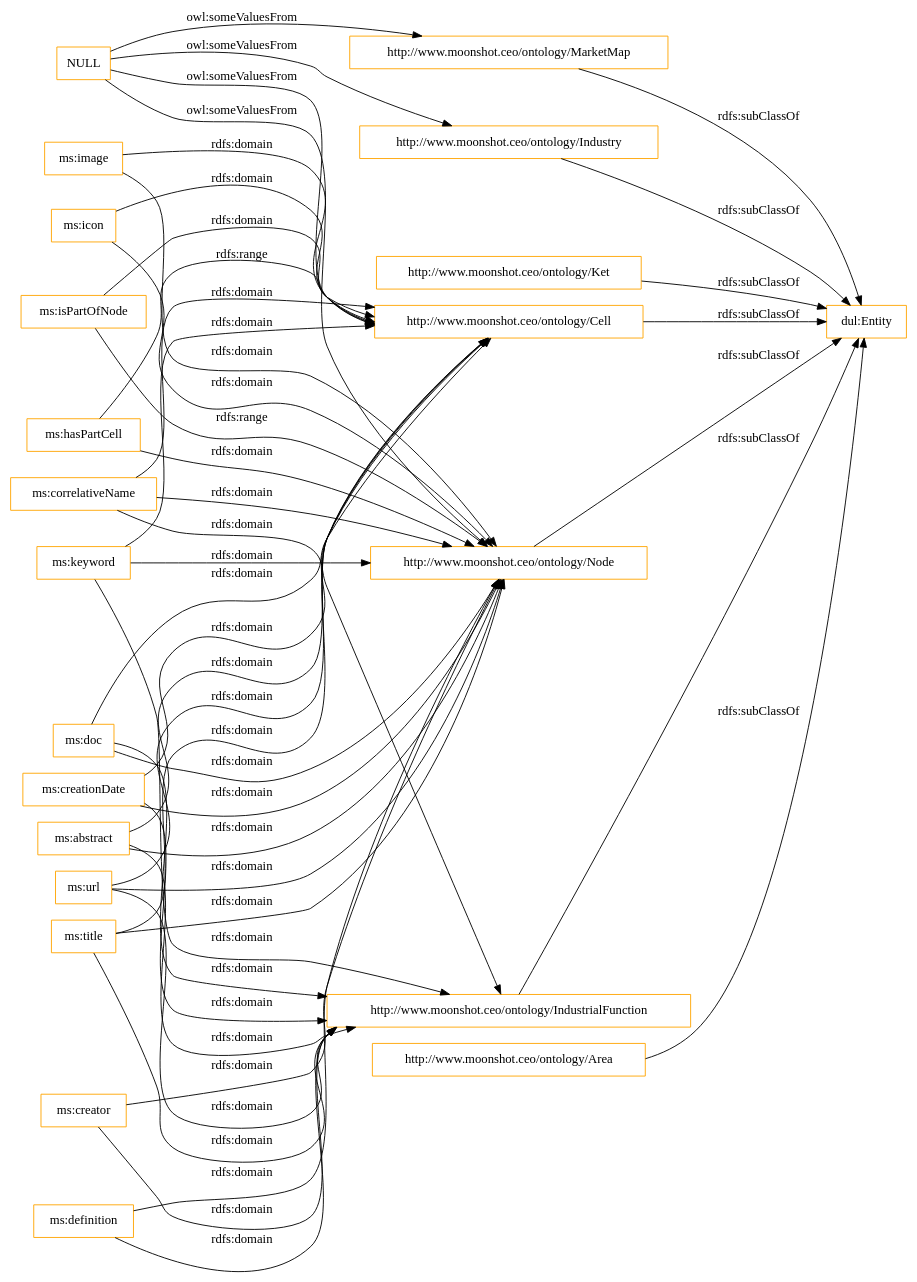
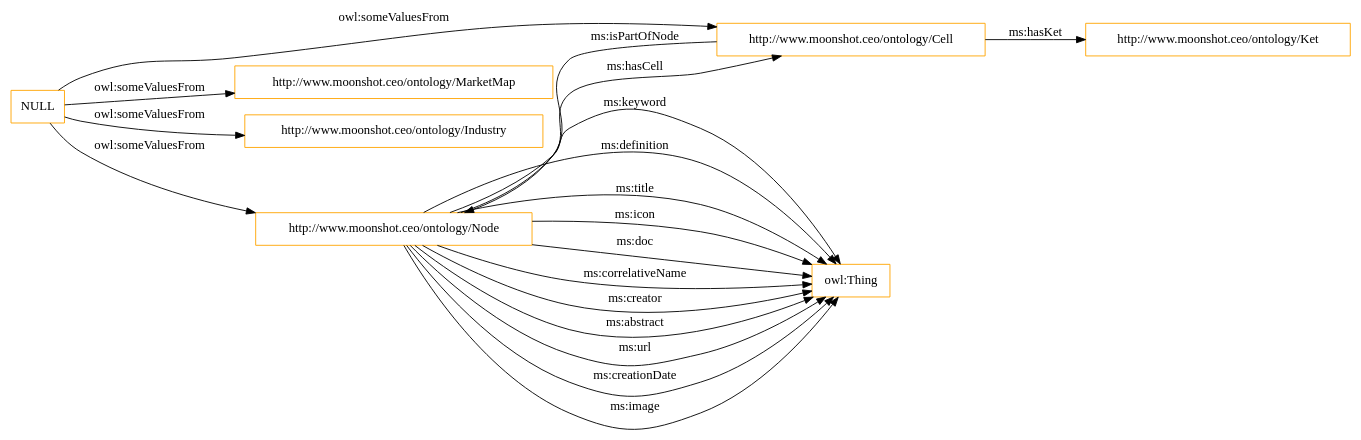
The diagram in OnToology/iebrain.ttl/diagrams/ar2dtool-class/iebrain.ttl.png.dot (oeg-upm/IEBrain), drawn with Graphviz before and after one commit. The commit also changed 5 other files, not shown here.

```diff
--- a/OnToology/iebrain.ttl/diagrams/ar2dtool-class/iebrain.ttl.png.dot
+++ b/OnToology/iebrain.ttl/diagrams/ar2dtool-class/iebrain.ttl.png.dot
@@ -1,50 +1,24 @@
 digraph ar2dtool_diagram { 
 rankdir=LR;
 size="1501"
-node [shape = rectangle, color="orange"]; "http://www.moonshot.ceo/ontology/Node" "http://www.moonshot.ceo/ontology/MarketMap" "http://www.moonshot.ceo/ontology/Ket" "http://www.moonshot.ceo/ontology/Industry" "http://www.moonshot.ceo/ontology/IndustrialFunction" "http://www.moonshot.ceo/ontology/Cell" "http://www.moonshot.ceo/ontology/Area" "dul:Entity" ; /*classes style*/
-	"ms:creator" -> "http://www.moonshot.ceo/ontology/IndustrialFunction" [ label = "rdfs:domain" ];
-	"ms:creator" -> "http://www.moonshot.ceo/ontology/Node" [ label = "rdfs:domain" ];
-	"NULL" -> "http://www.moonshot.ceo/ontology/Industry" [ label = "owl:someValuesFrom" ];
+node [shape = rectangle, color="orange"]; "http://www.moonshot.ceo/ontology/Node" "http://www.moonshot.ceo/ontology/MarketMap" "http://www.moonshot.ceo/ontology/Ket" "http://www.moonshot.ceo/ontology/Industry" "http://www.moonshot.ceo/ontology/Cell" "owl:Thing" ; /*classes style*/
 	"NULL" -> "http://www.moonshot.ceo/ontology/Node" [ label = "owl:someValuesFrom" ];
 	"NULL" -> "http://www.moonshot.ceo/ontology/MarketMap" [ label = "owl:someValuesFrom" ];
 	"NULL" -> "http://www.moonshot.ceo/ontology/Cell" [ label = "owl:someValuesFrom" ];
-	"http://www.moonshot.ceo/ontology/Area" -> "dul:Entity" [ label = "rdfs:subClassOf" ];
-	"ms:url" -> "http://www.moonshot.ceo/ontology/Cell" [ label = "rdfs:domain" ];
-	"ms:url" -> "http://www.moonshot.ceo/ontology/IndustrialFunction" [ label = "rdfs:domain" ];
-	"ms:url" -> "http://www.moonshot.ceo/ontology/Node" [ label = "rdfs:domain" ];
-	"ms:image" -> "http://www.moonshot.ceo/ontology/Cell" [ label = "rdfs:domain" ];
-	"ms:image" -> "http://www.moonshot.ceo/ontology/Node" [ label = "rdfs:domain" ];
-	"ms:icon" -> "http://www.moonshot.ceo/ontology/Cell" [ label = "rdfs:domain" ];
-	"ms:icon" -> "http://www.moonshot.ceo/ontology/Node" [ label = "rdfs:domain" ];
-	"ms:doc" -> "http://www.moonshot.ceo/ontology/Cell" [ label = "rdfs:domain" ];
-	"ms:doc" -> "http://www.moonshot.ceo/ontology/IndustrialFunction" [ label = "rdfs:domain" ];
-	"ms:doc" -> "http://www.moonshot.ceo/ontology/Node" [ label = "rdfs:domain" ];
-	"ms:keyword" -> "http://www.moonshot.ceo/ontology/Cell" [ label = "rdfs:domain" ];
-	"ms:keyword" -> "http://www.moonshot.ceo/ontology/IndustrialFunction" [ label = "rdfs:domain" ];
-	"ms:keyword" -> "http://www.moonshot.ceo/ontology/Node" [ label = "rdfs:domain" ];
-	"ms:creationDate" -> "http://www.moonshot.ceo/ontology/Cell" [ label = "rdfs:domain" ];
-	"ms:creationDate" -> "http://www.moonshot.ceo/ontology/IndustrialFunction" [ label = "rdfs:domain" ];
-	"ms:creationDate" -> "http://www.moonshot.ceo/ontology/Node" [ label = "rdfs:domain" ];
-	"http://www.moonshot.ceo/ontology/MarketMap" -> "dul:Entity" [ label = "rdfs:subClassOf" ];
-	"ms:isPartOfNode" -> "http://www.moonshot.ceo/ontology/Cell" [ label = "rdfs:domain" ];
-	"ms:isPartOfNode" -> "http://www.moonshot.ceo/ontology/Node" [ label = "rdfs:range" ];
-	"ms:correlativeName" -> "http://www.moonshot.ceo/ontology/Cell" [ label = "rdfs:domain" ];
-	"ms:correlativeName" -> "http://www.moonshot.ceo/ontology/IndustrialFunction" [ label = "rdfs:domain" ];
-	"ms:correlativeName" -> "http://www.moonshot.ceo/ontology/Node" [ label = "rdfs:domain" ];
-	"http://www.moonshot.ceo/ontology/Industry" -> "dul:Entity" [ label = "rdfs:subClassOf" ];
-	"http://www.moonshot.ceo/ontology/Node" -> "dul:Entity" [ label = "rdfs:subClassOf" ];
-	"ms:title" -> "http://www.moonshot.ceo/ontology/Cell" [ label = "rdfs:domain" ];
-	"ms:title" -> "http://www.moonshot.ceo/ontology/IndustrialFunction" [ label = "rdfs:domain" ];
-	"ms:title" -> "http://www.moonshot.ceo/ontology/Node" [ label = "rdfs:domain" ];
-	"http://www.moonshot.ceo/ontology/IndustrialFunction" -> "dul:Entity" [ label = "rdfs:subClassOf" ];
-	"ms:hasPartCell" -> "http://www.moonshot.ceo/ontology/Node" [ label = "rdfs:domain" ];
-	"ms:hasPartCell" -> "http://www.moonshot.ceo/ontology/Cell" [ label = "rdfs:range" ];
-	"http://www.moonshot.ceo/ontology/Cell" -> "dul:Entity" [ label = "rdfs:subClassOf" ];
-	"ms:definition" -> "http://www.moonshot.ceo/ontology/IndustrialFunction" [ label = "rdfs:domain" ];
-	"ms:definition" -> "http://www.moonshot.ceo/ontology/Node" [ label = "rdfs:domain" ];
-	"http://www.moonshot.ceo/ontology/Ket" -> "dul:Entity" [ label = "rdfs:subClassOf" ];
-	"ms:abstract" -> "http://www.moonshot.ceo/ontology/Cell" [ label = "rdfs:domain" ];
-	"ms:abstract" -> "http://www.moonshot.ceo/ontology/IndustrialFunction" [ label = "rdfs:domain" ];
-	"ms:abstract" -> "http://www.moonshot.ceo/ontology/Node" [ label = "rdfs:domain" ];
+	"NULL" -> "http://www.moonshot.ceo/ontology/Industry" [ label = "owl:someValuesFrom" ];
+	"http://www.moonshot.ceo/ontology/Node" -> "owl:Thing" [ label = "ms:icon" ];
+	"http://www.moonshot.ceo/ontology/Node" -> "owl:Thing" [ label = "ms:doc" ];
+	"http://www.moonshot.ceo/ontology/Node" -> "owl:Thing" [ label = "ms:correlativeName" ];
+	"http://www.moonshot.ceo/ontology/Node" -> "owl:Thing" [ label = "ms:creator" ];
+	"http://www.moonshot.ceo/ontology/Node" -> "owl:Thing" [ label = "ms:abstract" ];
+	"http://www.moonshot.ceo/ontology/Node" -> "http://www.moonshot.ceo/ontology/Cell" [ label = "ms:hasCell" ];
+	"http://www.moonshot.ceo/ontology/Node" -> "owl:Thing" [ label = "ms:url" ];
+	"http://www.moonshot.ceo/ontology/Node" -> "owl:Thing" [ label = "ms:creationDate" ];
+	"http://www.moonshot.ceo/ontology/Node" -> "owl:Thing" [ label = "ms:image" ];
+	"http://www.moonshot.ceo/ontology/Node" -> "owl:Thing" [ label = "ms:keyword" ];
+	"http://www.moonshot.ceo/ontology/Node" -> "owl:Thing" [ label = "ms:definition" ];
+	"http://www.moonshot.ceo/ontology/Node" -> "owl:Thing" [ label = "ms:title" ];
+	"http://www.moonshot.ceo/ontology/Cell" -> "http://www.moonshot.ceo/ontology/Node" [ label = "ms:isPartOfNode" ];
+	"http://www.moonshot.ceo/ontology/Cell" -> "http://www.moonshot.ceo/ontology/Ket" [ label = "ms:hasKet" ];
 
 }
```
